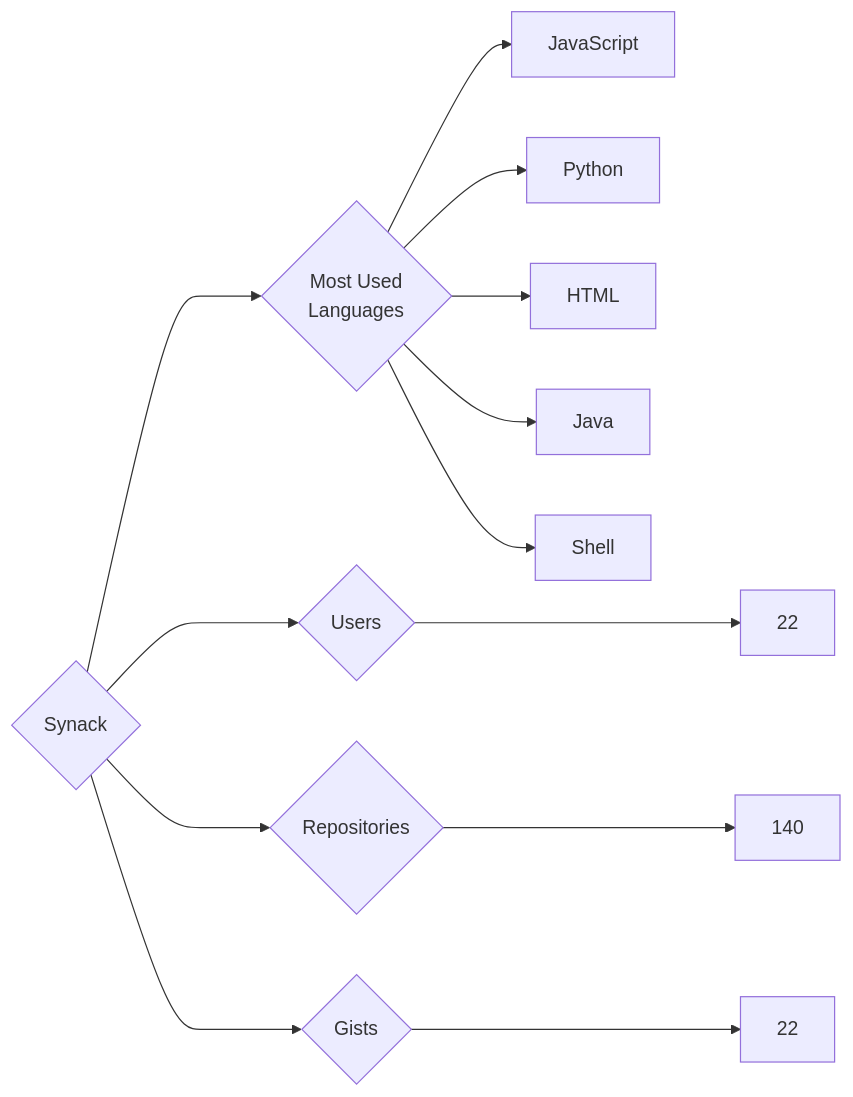
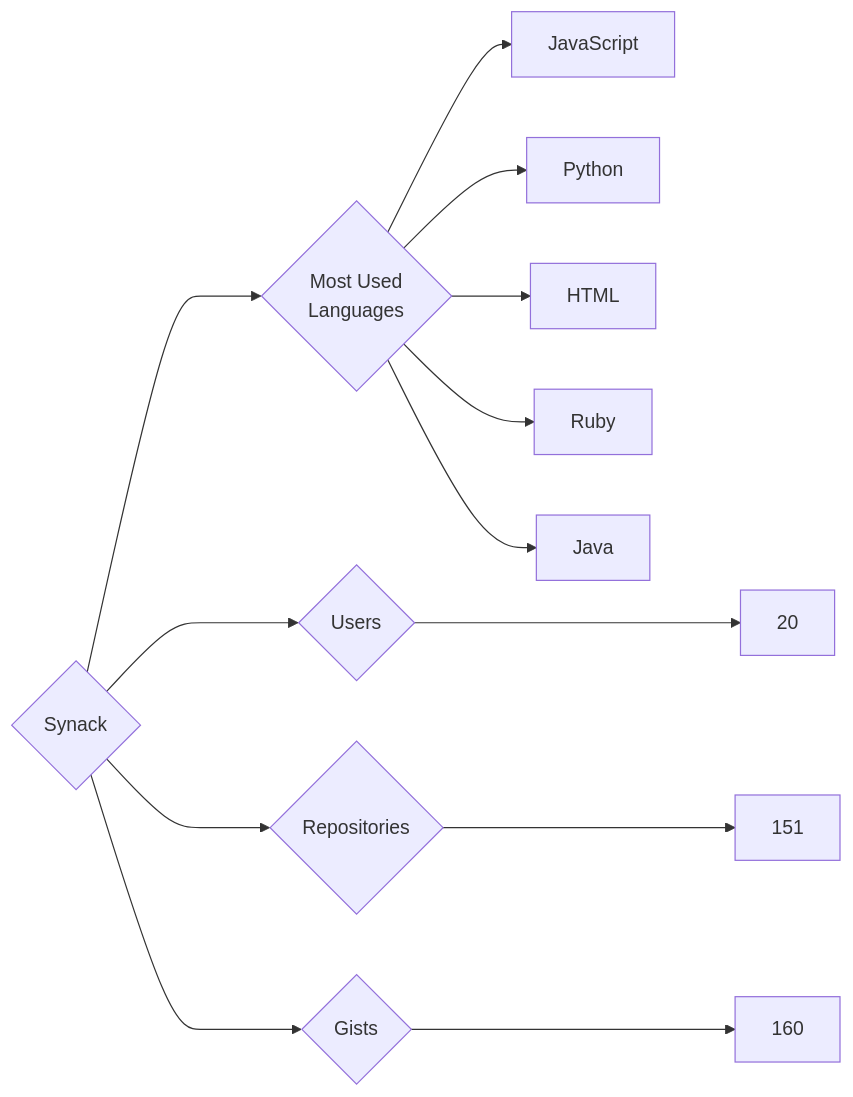
The diagram in targets/Synack/README.md (trickest/insiders), drawn with Mermaid before and after one commit. The commit also changed 1011 other files, not shown here.

````diff
--- a/targets/Synack/README.md
+++ b/targets/Synack/README.md
@@ -3,13 +3,13 @@
 ```mermaid
 graph LR
 COMPANY_NAME{Synack}
-COMPANY_NAME ---> U{Users} ---> UN[22]
-COMPANY_NAME ---> R{Repositories} ---> RN[140]
-COMPANY_NAME ---> G{Gists} ---> GN[22]
+COMPANY_NAME ---> U{Users} ---> UN[20]
+COMPANY_NAME ---> R{Repositories} ---> RN[151]
+COMPANY_NAME ---> G{Gists} ---> GN[160]
 COMPANY_NAME ---> ML{Most Used<br>Languages}
 ML --> JavaScript[JavaScript]
 ML --> Python[Python]
 ML --> HTML[HTML]
+ML --> Ruby[Ruby]
 ML --> Java[Java]
-ML --> Shell[Shell]
 ```
````
